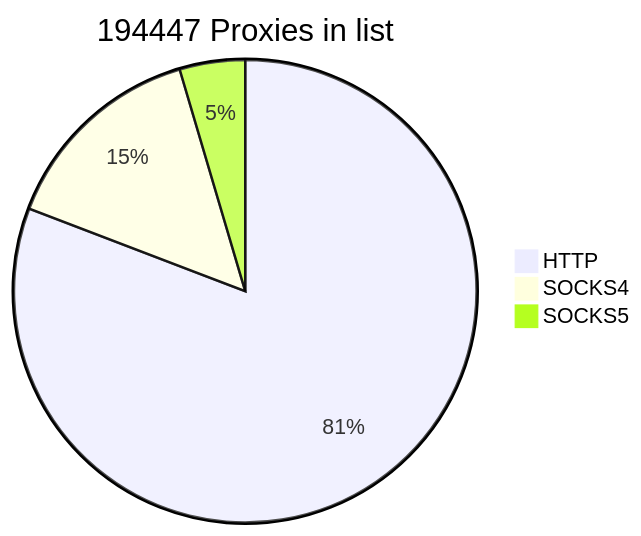
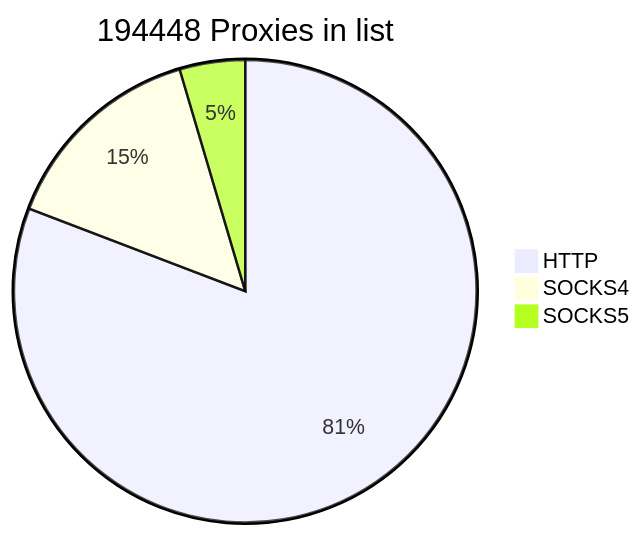
One commit to cutipu/proxylist changed the first of 2 diagrams in README.md. Above: the diagram before and after it, drawn with Mermaid. The commit also changed other lines of this file, not shown here.

````diff
--- a/README.md
+++ b/README.md
@@ -2,7 +2,7 @@
 ```mermaid
-pie title 194447 Proxies in list
+pie title 194448 Proxies in list
     "HTTP" : 157132
-    "SOCKS4" : 28423
+    "SOCKS4" : 28424
     "SOCKS5" : 8892
             
 ```
````
